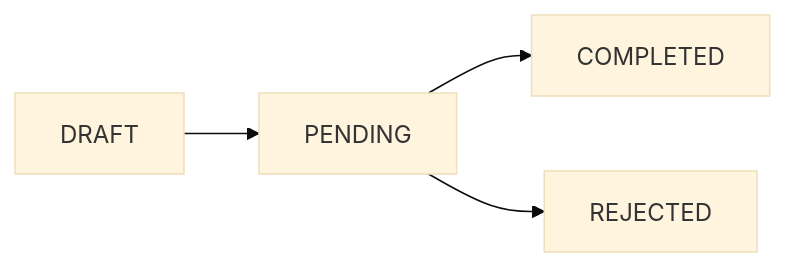
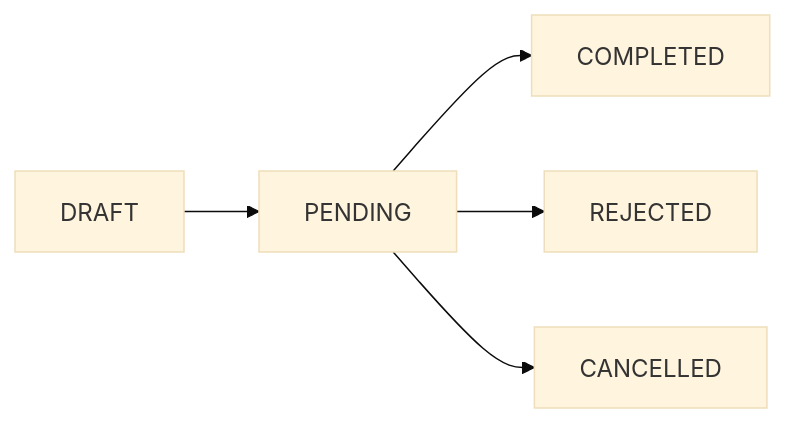
Before and after one commit to documenso/documenso: the diagram in apps/docs/content/docs/developers/api/documents.mdx, drawn with Mermaid (base theme). The commit also changed other lines of this file and 1 other file, not shown here.

````diff
--- a/apps/docs/content/docs/developers/api/documents.mdx
+++ b/apps/docs/content/docs/developers/api/documents.mdx
@@ -746,5 +840,6 @@
 ```mermaid
 flowchart LR
   DRAFT --> PENDING --> COMPLETED
   PENDING --> REJECTED
+  PENDING --> CANCELLED
 ```
````
